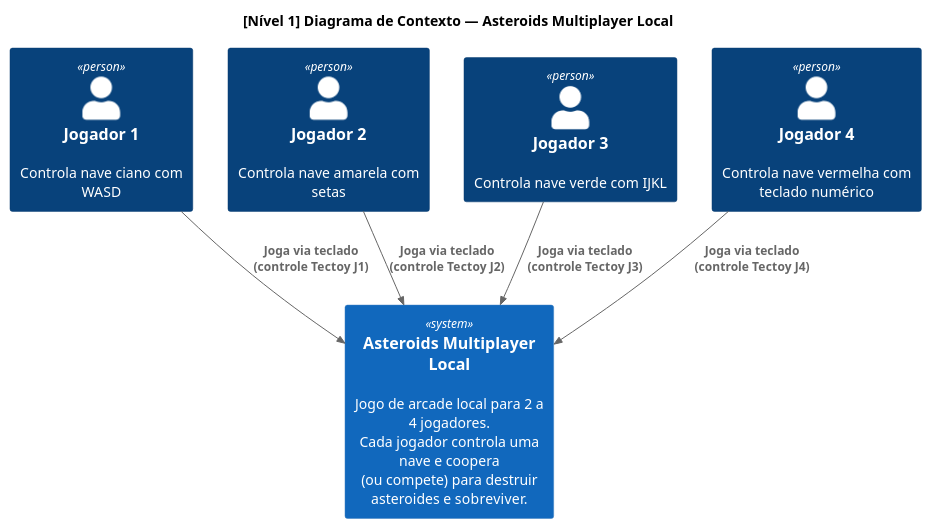
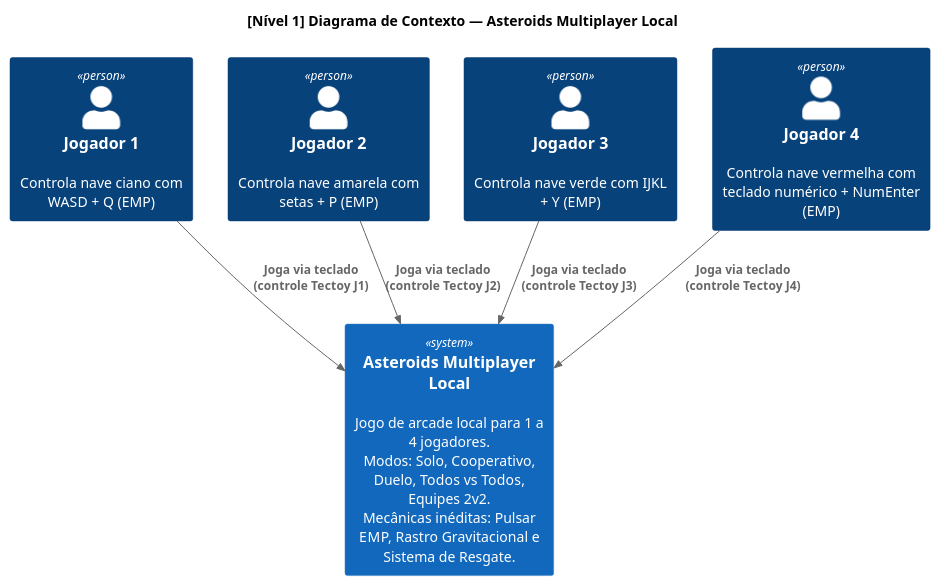
Before and after one commit to JulianaBallin/asteroids-multiplayer-local: the diagram in docs/diagrams/c4_nivel1_contexto.puml, drawn with PlantUML. The commit also changed 2 other files, not shown here.

Commit message:
docs(c4): atualiza diagramas C4 com arquitetura final do projeto
Nível 1: inclui atalho EMP por jogador e lista as 3 mecânicas inéditas.
Nível 2: menciona resolução 1280x720 e os parâmetros das 3 mecânicas.
Nível 3: detalha todos os componentes implementados — PulsoEMP,
RastroGravitacional, Carcaca, sistema de aliança por modo de jogo
e cooldown individual do EMP no HUD.

```diff
--- a/docs/diagrams/c4_nivel1_contexto.puml
+++ b/docs/diagrams/c4_nivel1_contexto.puml
@@ -1,18 +1,18 @@
 @startuml C4_Nivel1_Contexto
 !include https://raw.githubusercontent.com/plantuml-stdlib/C4-PlantUML/master/C4_Context.puml
 
 title [Nível 1] Diagrama de Contexto — Asteroids Multiplayer Local
 
-Person(jogador1, "Jogador 1", "Controla nave ciano com WASD")
-Person(jogador2, "Jogador 2", "Controla nave amarela com setas")
-Person(jogador3, "Jogador 3", "Controla nave verde com IJKL")
-Person(jogador4, "Jogador 4", "Controla nave vermelha com teclado numérico")
+Person(jogador1, "Jogador 1", "Controla nave ciano com WASD + Q (EMP)")
+Person(jogador2, "Jogador 2", "Controla nave amarela com setas + P (EMP)")
+Person(jogador3, "Jogador 3", "Controla nave verde com IJKL + Y (EMP)")
+Person(jogador4, "Jogador 4", "Controla nave vermelha com teclado numérico + NumEnter (EMP)")
 
-System(jogo, "Asteroids Multiplayer Local", "Jogo de arcade local para 2 a 4 jogadores.\nCada jogador controla uma nave e coopera\n(ou compete) para destruir asteroides e sobreviver.")
+System(jogo, "Asteroids Multiplayer Local", "Jogo de arcade local para 1 a 4 jogadores.\nModos: Solo, Cooperativo, Duelo, Todos vs Todos, Equipes 2v2.\nMecânicas inéditas: Pulsar EMP, Rastro Gravitacional e Sistema de Resgate.")
 
 Rel(jogador1, jogo, "Joga via teclado (controle Tectoy J1)")
 Rel(jogador2, jogo, "Joga via teclado (controle Tectoy J2)")
 Rel(jogador3, jogo, "Joga via teclado (controle Tectoy J3)")
 Rel(jogador4, jogo, "Joga via teclado (controle Tectoy J4)")
 
 @enduml
```
